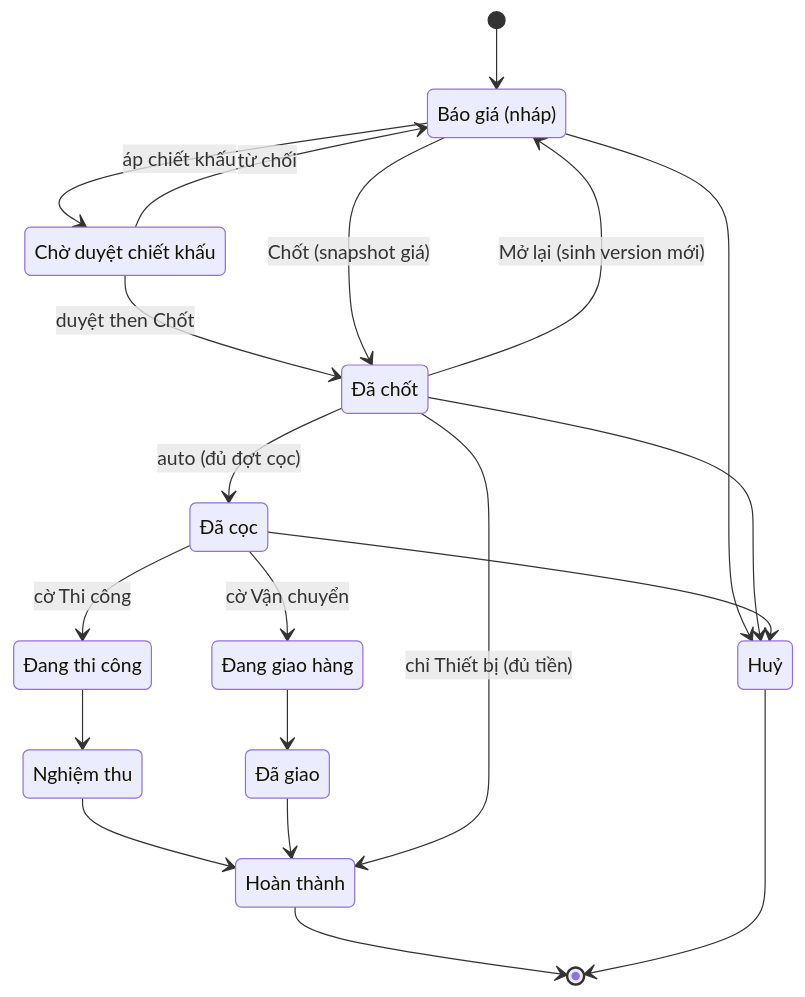
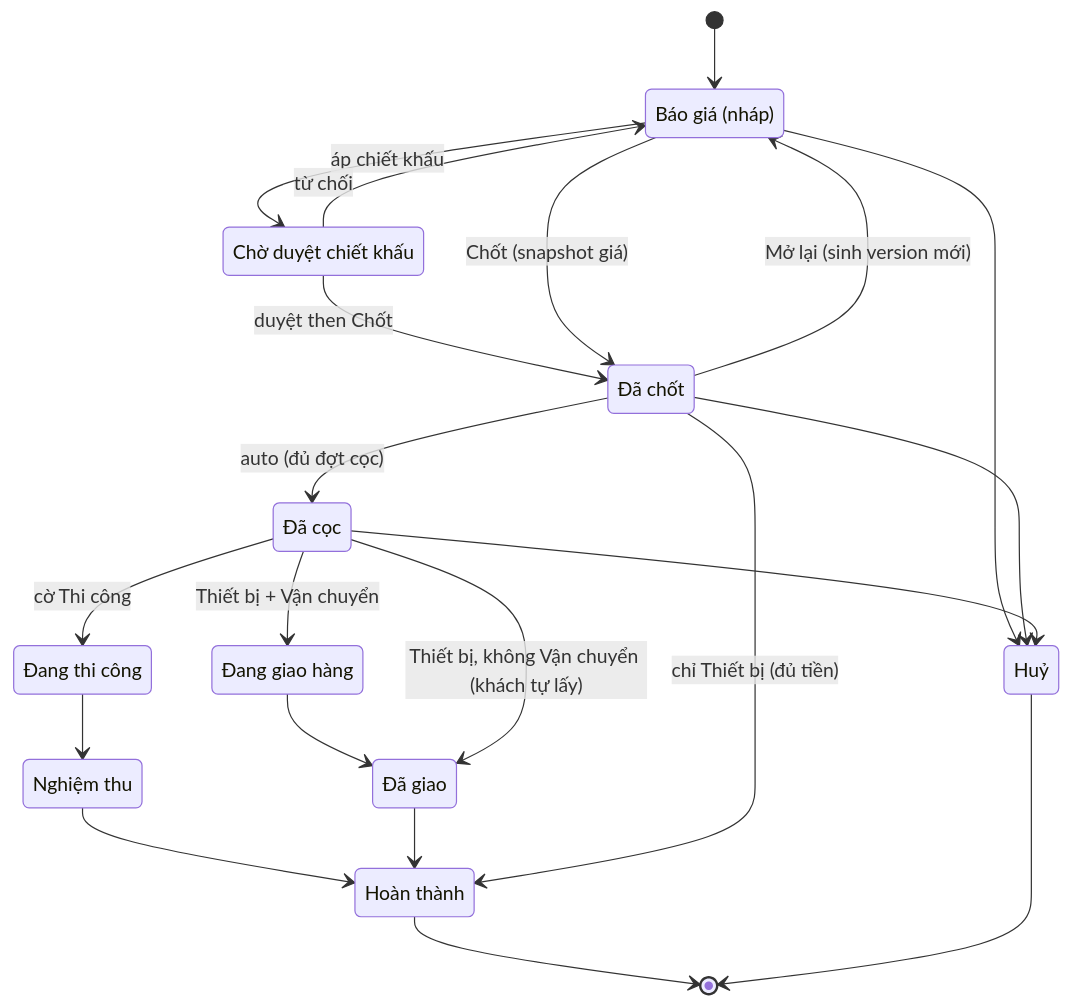
One commit to nquangphan/Solar-Energy-Management changed the third of 4 diagrams in _bmad-output/planning-artifacts/architecture/architecture-Solar-Energy-Management-2026-07-07/ARCHITECTURE-SPINE.md. Above: the diagram before and after it, drawn with Mermaid. The commit also changed other lines of this file and 12 other files, not shown here.

First line of the commit message:
feat(story-6.1): Nhánh Giao hàng — "Đã giao" gate theo cờ Thiết bị (Đang giao → Đã giao)

````diff
--- a/_bmad-output/planning-artifacts/architecture/architecture-Solar-Energy-Management-2026-07-07/ARCHITECTURE-SPINE.md
+++ b/_bmad-output/planning-artifacts/architecture/architecture-Solar-Energy-Management-2026-07-07/ARCHITECTURE-SPINE.md
@@ -378,32 +379,33 @@
 ```mermaid
 stateDiagram-v2
     state "Báo giá (nháp)" as BaoGia
     state "Chờ duyệt chiết khấu" as ChoDuyet
     state "Đã chốt" as DaChot
     state "Đã cọc" as DaCoc
     state "Đang thi công" as DangTC
     state "Nghiệm thu" as NghiemThu
     state "Đang giao hàng" as DangGiao
     state "Đã giao" as DaGiao
     state "Hoàn thành" as HoanThanh
     state "Huỷ" as Huy
     [*] --> BaoGia
     BaoGia --> ChoDuyet : áp chiết khấu
     ChoDuyet --> BaoGia : từ chối
     ChoDuyet --> DaChot : duyệt then Chốt
     BaoGia --> DaChot : Chốt (snapshot giá)
     DaChot --> BaoGia : Mở lại (sinh version mới)
     DaChot --> DaCoc : auto (đủ đợt cọc)
     DaCoc --> DangTC : cờ Thi công
     DangTC --> NghiemThu
-    DaCoc --> DangGiao : cờ Vận chuyển
+    DaCoc --> DangGiao : Thiết bị + Vận chuyển
     DangGiao --> DaGiao
+    DaCoc --> DaGiao : Thiết bị, không Vận chuyển (khách tự lấy)
     NghiemThu --> HoanThanh
     DaGiao --> HoanThanh
     DaChot --> HoanThanh : chỉ Thiết bị (đủ tiền)
     BaoGia --> Huy
     DaChot --> Huy
     DaCoc --> Huy
     HoanThanh --> [*]
     Huy --> [*]
 ```
````
